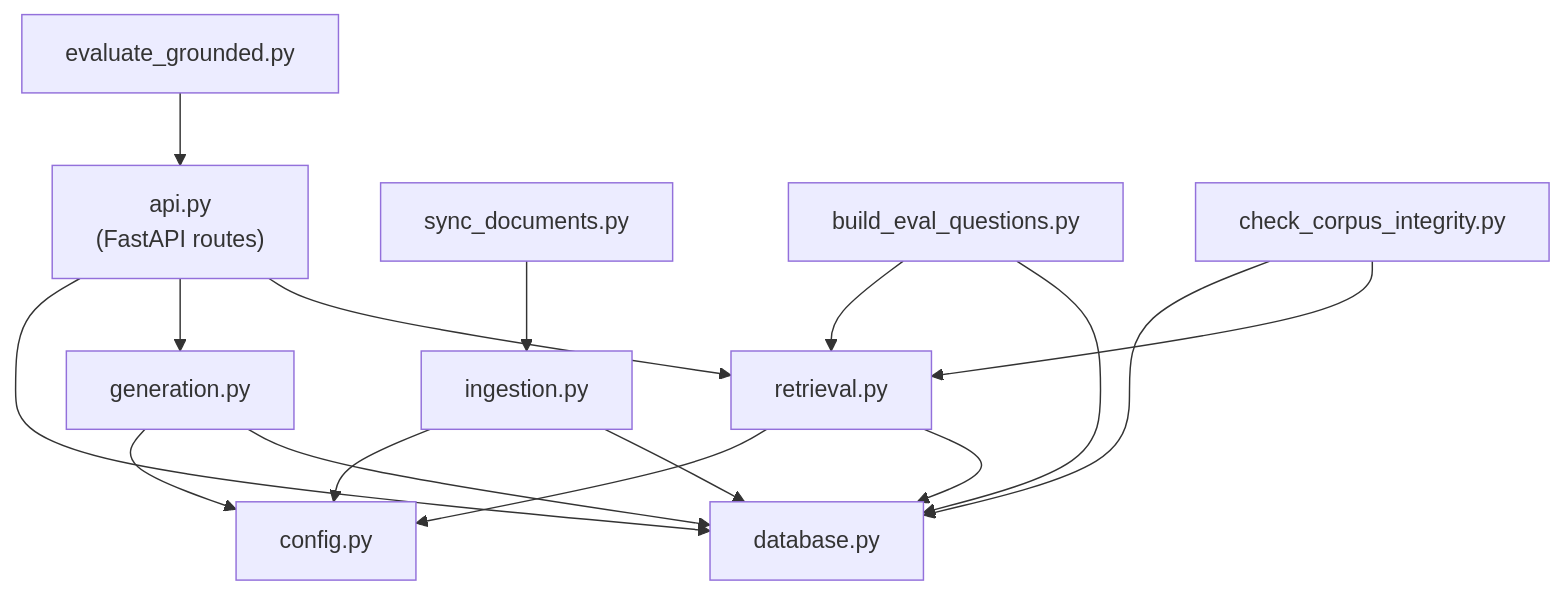
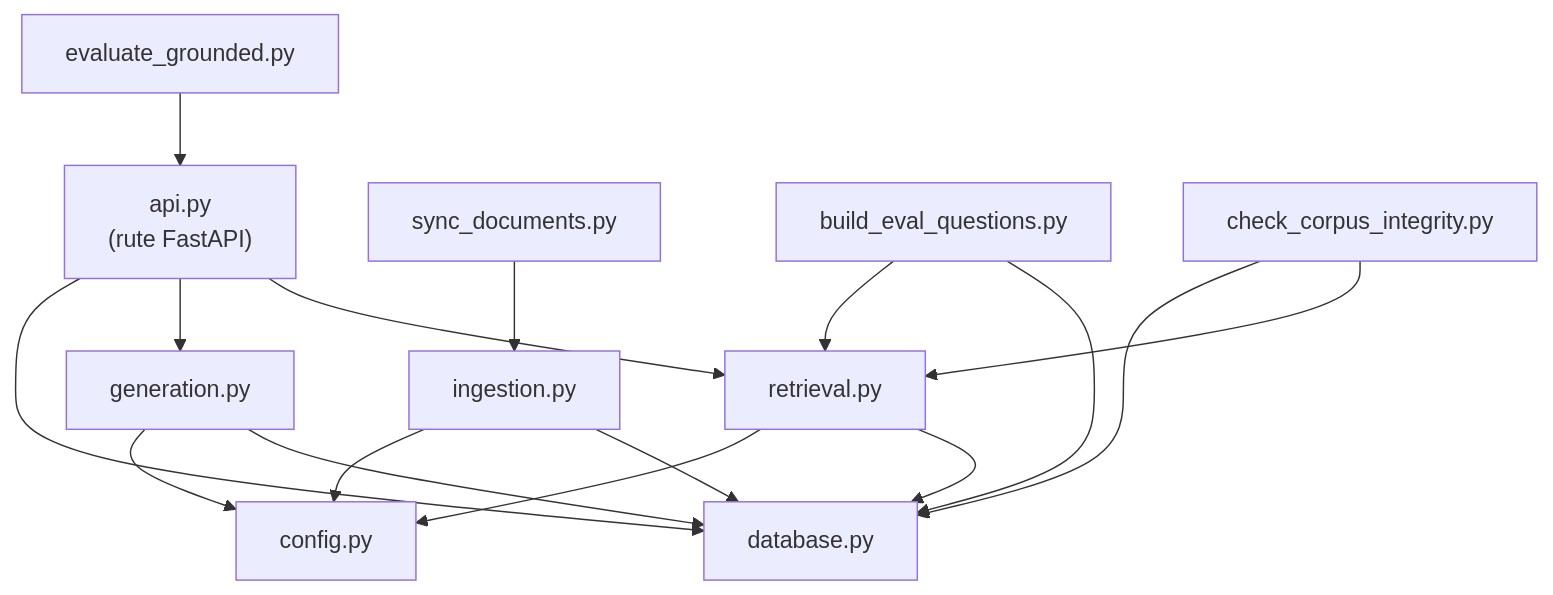
Before and after one commit to riflifaizullah/rag_system: the fifth of 5 diagrams in ARCHITECTURE.md, drawn with Mermaid. The commit also changed other lines of this file and 6 other files, not shown here.

````diff
--- a/ARCHITECTURE.md
+++ b/ARCHITECTURE.md
@@ -195,29 +195,29 @@
 ```mermaid
 flowchart TD
-    api["api.py<br/>(FastAPI routes)"]
+    api["api.py<br/>(rute FastAPI)"]
     retrieval["retrieval.py"]
     generation["generation.py"]
     database["database.py"]
     ingestion["ingestion.py"]
     sync["sync_documents.py"]
     config["config.py"]
     evaluate["evaluate_grounded.py"]
     buildq["build_eval_questions.py"]
     integrity["check_corpus_integrity.py"]
 
     api --> retrieval
     api --> generation
     api --> database
     retrieval --> database
     retrieval --> config
     generation --> database
     generation --> config
     ingestion --> database
     ingestion --> config
     sync --> ingestion
     evaluate --> api
     buildq --> database
     buildq --> retrieval
     integrity --> retrieval
     integrity --> database
 ```
````
